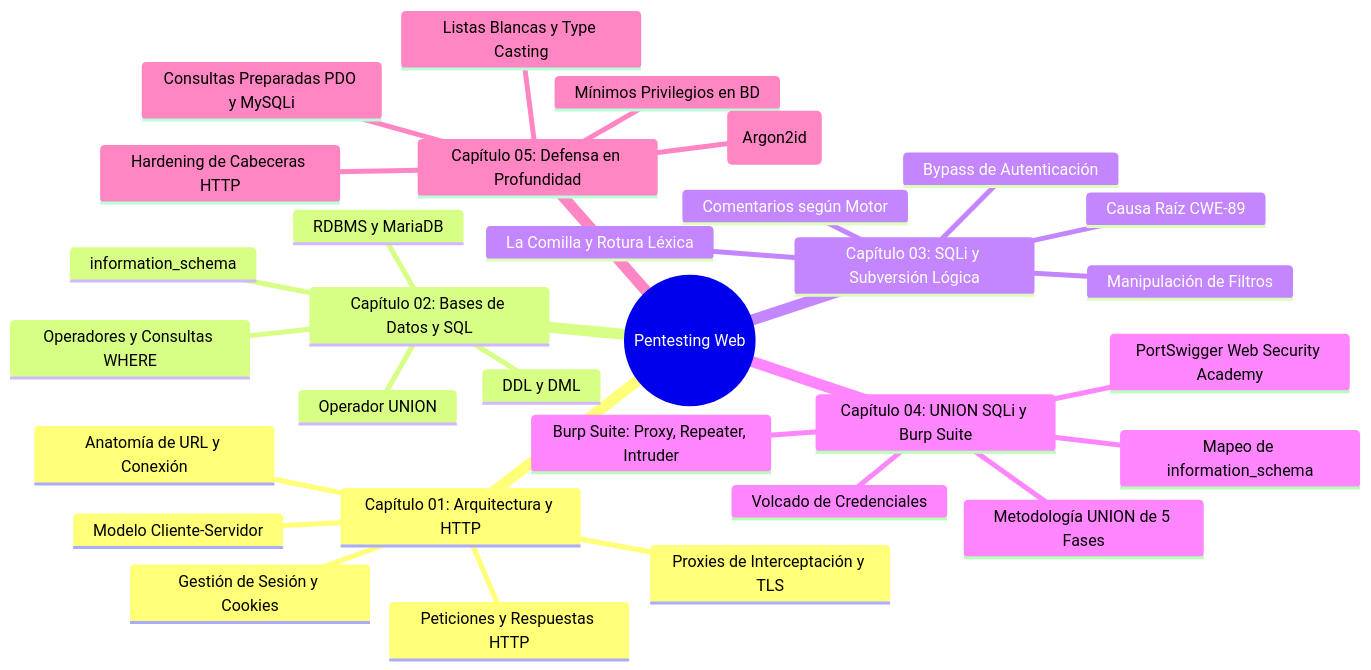
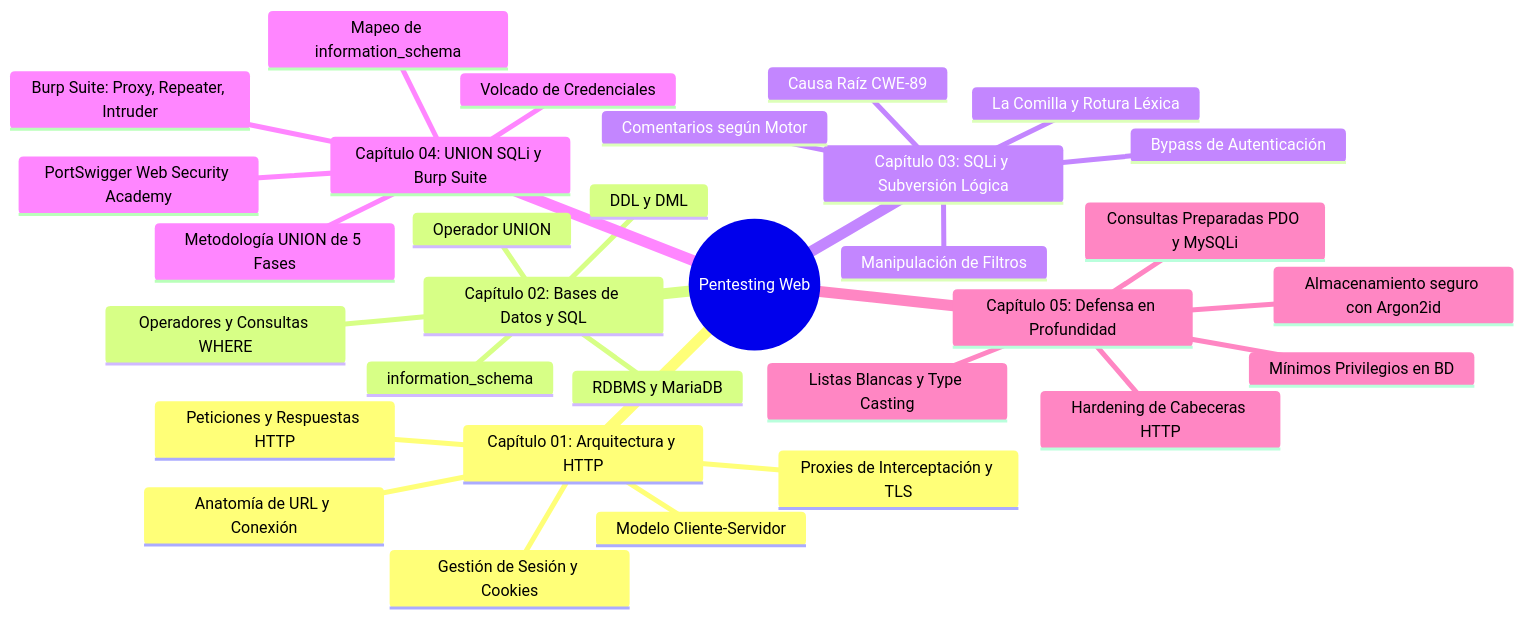
Before and after one commit to purpesec/purpesec-academy: the second of 2 diagrams in pentesting-web/README.md, drawn with Mermaid. The commit also changed 6 other files, not shown here.

Commit message:
feat: initialize project structure and add laboratory documentation for SOC architecture and threat intelligence with Wazuh

````diff
--- a/pentesting-web/README.md
+++ b/pentesting-web/README.md
@@ -30,34 +30,34 @@
 ```mermaid
 mindmap
   root((Pentesting Web))
     Capítulo 01: Arquitectura y HTTP
       Modelo Cliente-Servidor
       Anatomía de URL y Conexión
       Peticiones y Respuestas HTTP
       Gestión de Sesión y Cookies
       Proxies de Interceptación y TLS
     Capítulo 02: Bases de Datos y SQL
       RDBMS y MariaDB
       DDL y DML
       Operadores y Consultas WHERE
       Operador UNION
       information_schema
     Capítulo 03: SQLi y Subversión Lógica
       Causa Raíz CWE-89
       La Comilla y Rotura Léxica
       Bypass de Autenticación
       Comentarios según Motor
       Manipulación de Filtros
     Capítulo 04: UNION SQLi y Burp Suite
       Metodología UNION de 5 Fases
       Mapeo de information_schema
       Volcado de Credenciales
       Burp Suite: Proxy, Repeater, Intruder
       PortSwigger Web Security Academy
     Capítulo 05: Defensa en Profundidad
       Consultas Preparadas PDO y MySQLi
       Listas Blancas y Type Casting
       Mínimos Privilegios en BD
-      Almacenamiento de Contraseñas (Argon2id)
+      Almacenamiento seguro con Argon2id
       Hardening de Cabeceras HTTP
 ```
````
